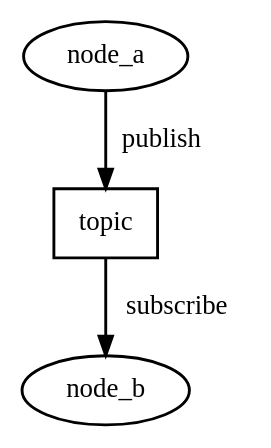
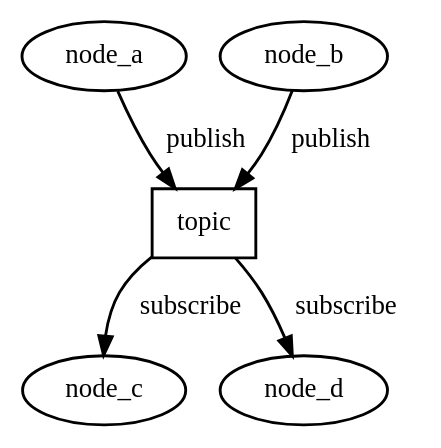
One commit to shihyuan/duckietown_ros_slides changed the diagram in dot/node_and_topic.dot. Above: the diagram before and after it, drawn with Graphviz. The commit also changed 16 other files, not shown here.

```diff
--- a/dot/node_and_topic.dot
+++ b/dot/node_and_topic.dot
@@ -1,10 +1,14 @@
 digraph node_and_topic {
 	edge [penwidth=1.5]
 	node [penwidth=1.5]
 	
 	node [shape=ellipse,style=filled,fillcolor=white];
-	node_a; node_b; 
+	node_a; node_b; node_c; node_d;
 	node [shape=box,style=filled,fillcolor=white];
-	topic; node_a->topic[label=" publish"];
-	topic->node_b[label=" subscribe"];
+	topic;
+
+	node_a->topic[label=" publish"];
+	node_b->topic[label=" publish"];
+	topic->node_c[label=" subscribe"];
+	topic->node_d[label=" subscribe"];
 }
```
